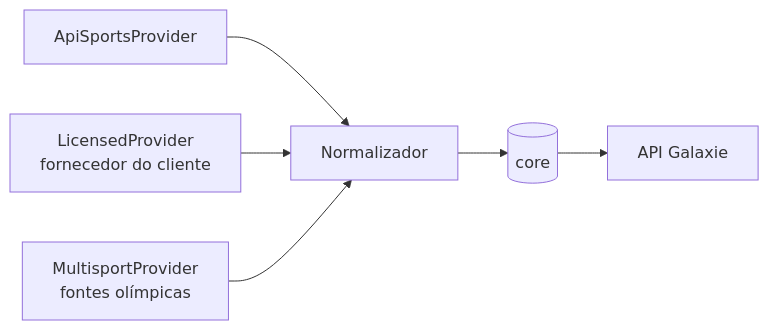
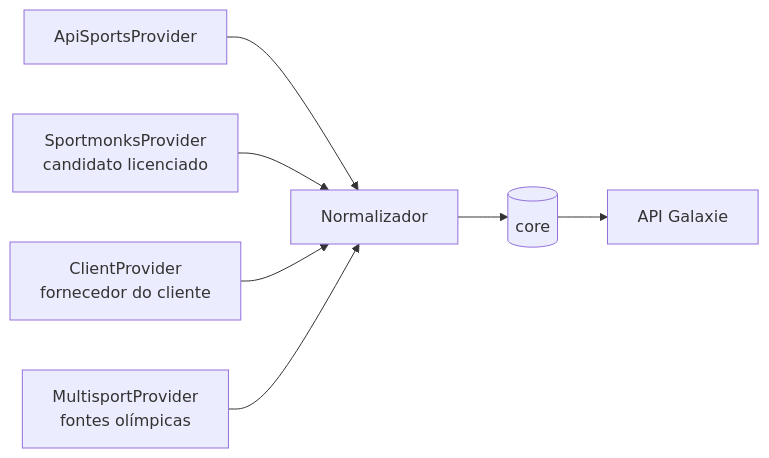
Before and after one commit to galaxie-works/galaxie-sports: the second of 3 diagrams in docs/03-ingestao-e-economia-de-chamadas.md, drawn with Mermaid. The commit also changed other lines of this file and 6 other files, not shown here.

First line of the commit message:
docs: Sportmonks como candidata a provedor licenciado de produção

````diff
--- a/docs/03-ingestao-e-economia-de-chamadas.md
+++ b/docs/03-ingestao-e-economia-de-chamadas.md
@@ -230,8 +230,9 @@
 ```mermaid
 flowchart LR
   P1[ApiSportsProvider] --> N[Normalizador]
-  P2[LicensedProvider<br/>fornecedor do cliente] --> N
+  P2[SportmonksProvider<br/>candidato licenciado] --> N
+  P4[ClientProvider<br/>fornecedor do cliente] --> N
   P3[MultisportProvider<br/>fontes olímpicas] --> N
   N --> CORE[(core)]
   CORE --> API[API Galaxie]
 ```
````
